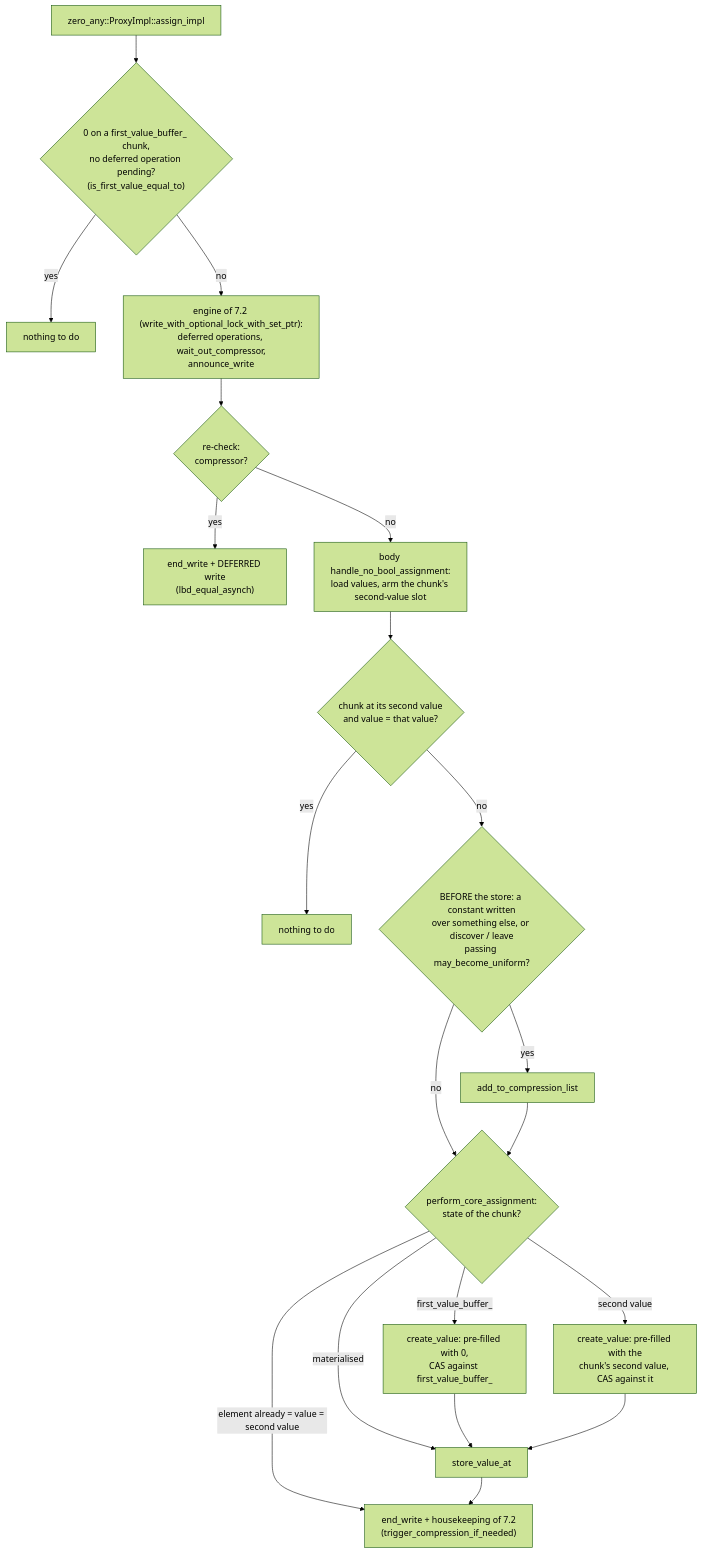
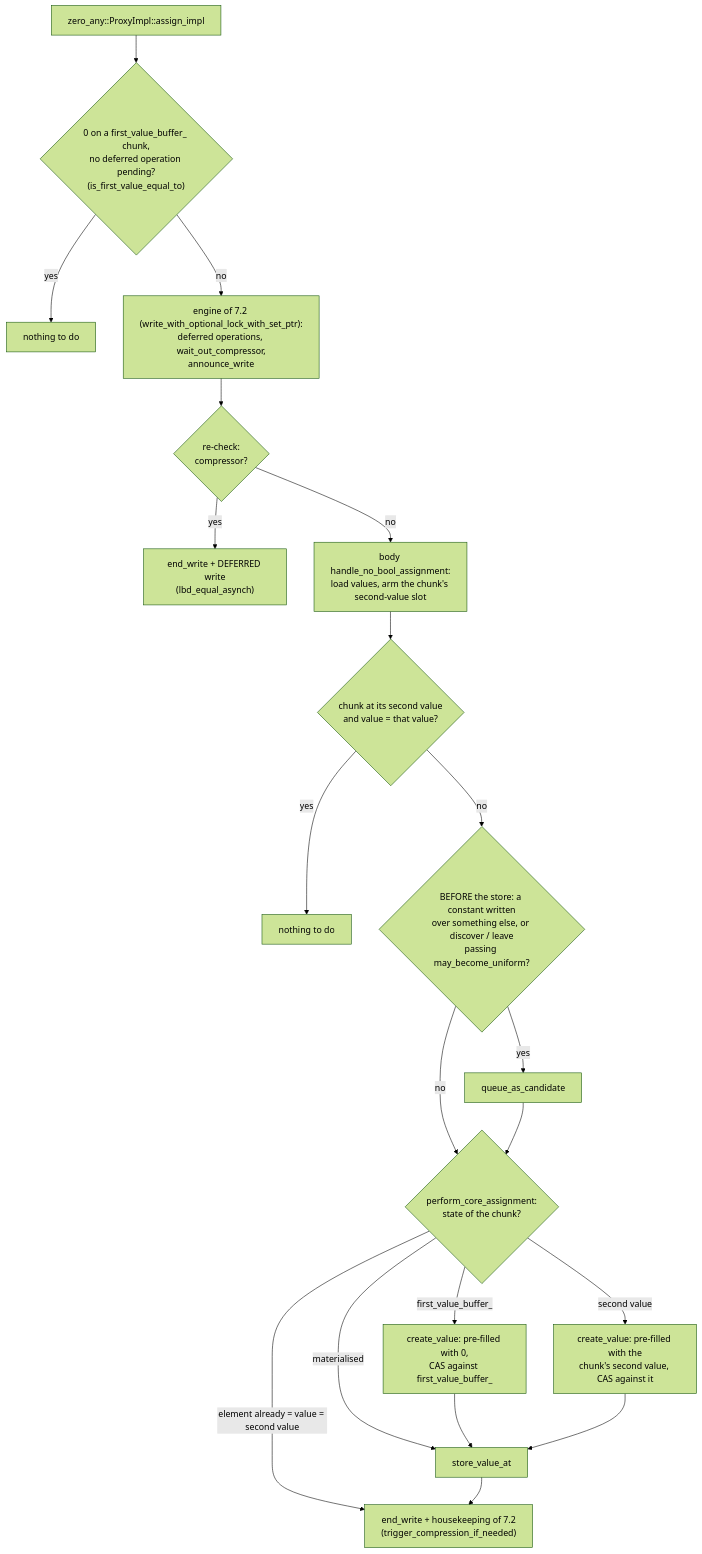
One commit to cea-hpc/shrink-array changed the second of 2 diagrams in docs/algo_zero_any.md. Above: the diagram before and after it, drawn with Mermaid (forest theme). The commit also changed other lines of this file and 71 other files, not shown here.

````diff
--- a/docs/algo_zero_any.md
+++ b/docs/algo_zero_any.md
@@ -185,22 +185,22 @@
 ```mermaid
 flowchart TD
     A["zero_any::ProxyImpl::assign_impl"] --> B{"0 on a first_value_buffer_ chunk,<br/>no deferred operation pending?<br/>(is_first_value_equal_to)"}
     B -->|yes| B1["nothing to do"]
     B -->|no| C["engine of 7.2 (write_with_optional_lock_with_set_ptr):<br/>deferred operations, wait_out_compressor,<br/>announce_write"]
     C --> D{"re-check:<br/>compressor?"}
     D -->|yes| D1["end_write + DEFERRED write<br/>(lbd_equal_asynch)"]
     D -->|no| E["body handle_no_bool_assignment:<br/>load values, arm the chunk's second-value slot"]
     E --> F{"chunk at its second value<br/>and value = that value?"}
     F -->|yes| F1["nothing to do"]
     F -->|no| G{"BEFORE the store: a constant written<br/>over something else, or discover / leave<br/>passing may_become_uniform?"}
-    G -->|yes| G1["add_to_compression_list"]
+    G -->|yes| G1["queue_as_candidate"]
     G -->|no| H
     G1 --> H{"perform_core_assignment:<br/>state of the chunk?"}
     H -->|"element already = value = second value"| K
     H -->|"first_value_buffer_"| H1["create_value: pre-filled with 0,<br/>CAS against first_value_buffer_"]
     H -->|"second value"| H2["create_value: pre-filled with the<br/>chunk's second value, CAS against it"]
     H -->|"materialised"| I
     H1 --> I["store_value_at"]
     H2 --> I
     I --> K["end_write + housekeeping of 7.2<br/>(trigger_compression_if_needed)"]
 ```
````
